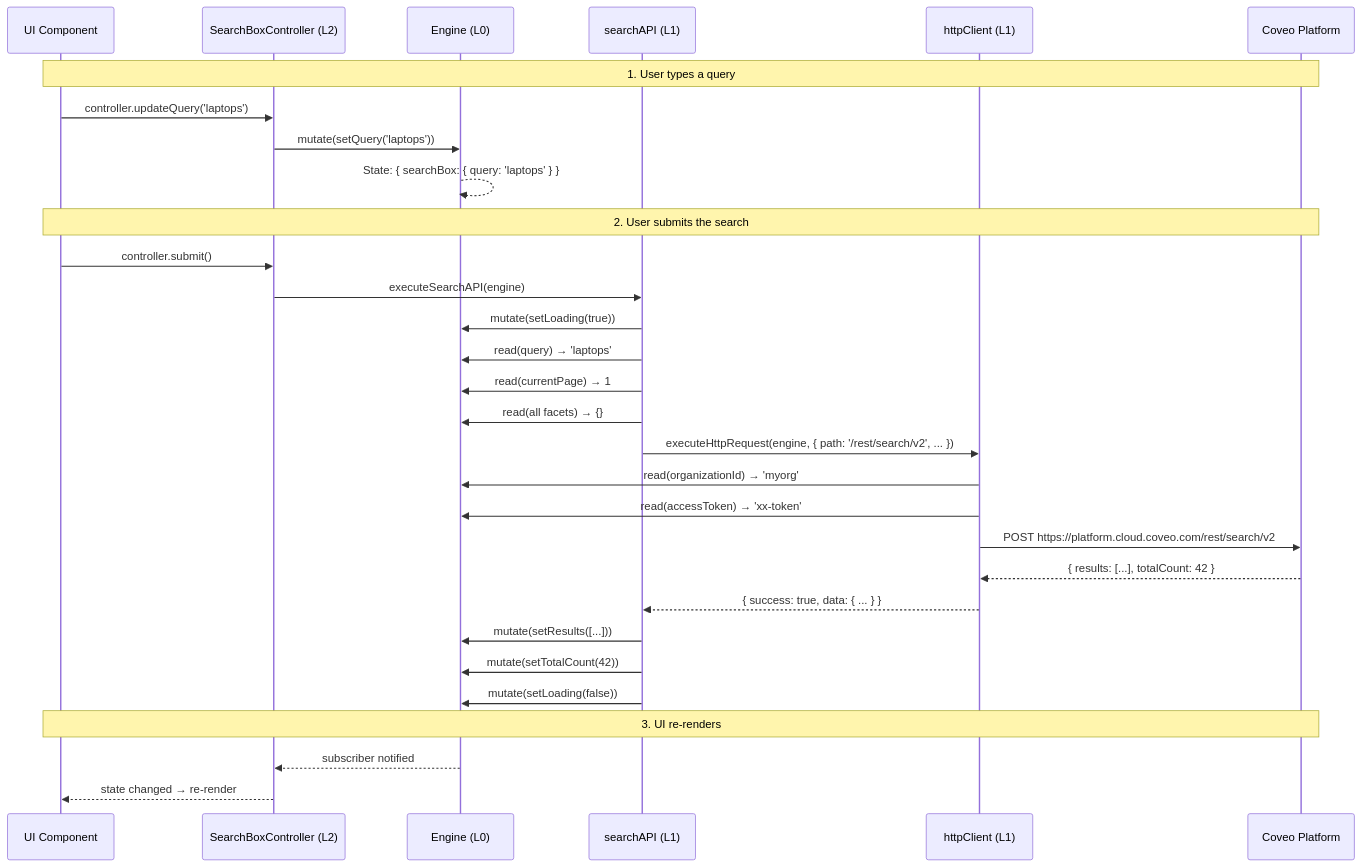
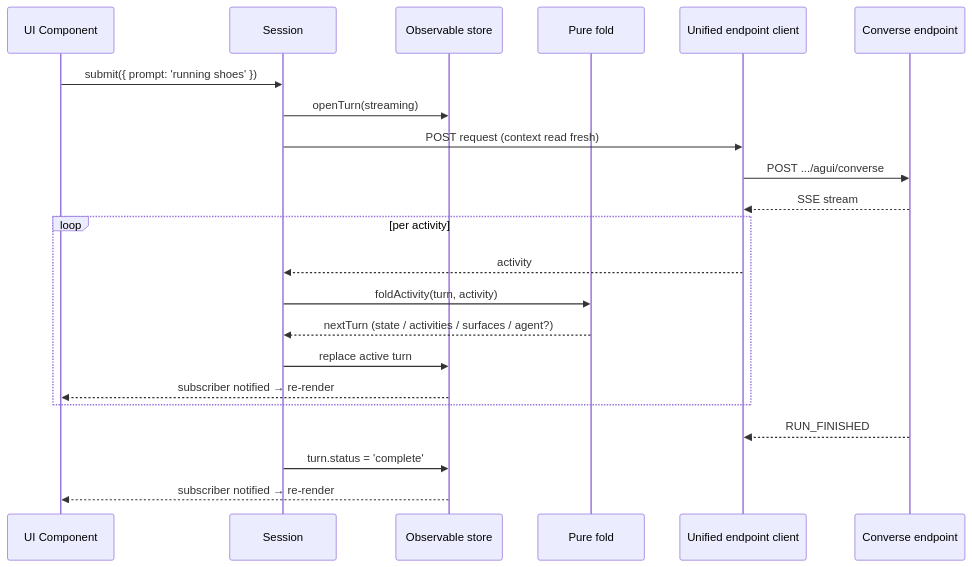
The second of 2 diagrams in packages/thermidor/docs/architecture.md (coveo/ui-kit), drawn with Mermaid before and after one commit. The commit also changed other lines of this file and 12 other files, not shown here.

First line of the commit message:
docs(thermidor): describe the session client and accept ADRs 009-015

````diff
--- a/packages/thermidor/docs/architecture.md
+++ b/packages/thermidor/docs/architecture.md
@@ -336,35 +174,25 @@
 ```mermaid
 sequenceDiagram
     participant UI as UI Component
-    participant SBC as SearchBoxController (L2)
-    participant E as Engine (L0)
-    participant API as searchAPI (L1)
-    participant HTTP as httpClient (L1)
-    participant Coveo as Coveo Platform
+    participant S as Session
+    participant Store as Observable store
+    participant Fold as Pure fold
+    participant API as Unified endpoint client
+    participant Coveo as Converse endpoint
 
-    Note over UI,Coveo: 1. User types a query
-    UI->>SBC: controller.updateQuery('laptops')
-    SBC->>E: mutate(setQuery('laptops'))
-    E-->>E: State: { searchBox: { query: 'laptops' } }
-
-    Note over UI,Coveo: 2. User submits the search
-    UI->>SBC: controller.submit()
-    SBC->>API: executeSearchAPI(engine)
-    API->>E: mutate(setLoading(true))
-    API->>E: read(query) → 'laptops'
-    API->>E: read(currentPage) → 1
-    API->>E: read(all facets) → {}
-    API->>HTTP: executeHttpRequest(engine, { path: '/rest/search/v2', ... })
-    HTTP->>E: read(organizationId) → 'myorg'
-    HTTP->>E: read(accessToken) → 'xx-token'
-    HTTP->>Coveo: POST https://platform.cloud.coveo.com/rest/search/v2
-    Coveo-->>HTTP: { results: [...], totalCount: 42 }
-    HTTP-->>API: { success: true, data: { ... } }
-    API->>E: mutate(setResults([...]))
-    API->>E: mutate(setTotalCount(42))
-    API->>E: mutate(setLoading(false))
-
-    Note over UI,Coveo: 3. UI re-renders
-    E-->>SBC: subscriber notified
-    SBC-->>UI: state changed → re-render
+    UI->>S: submit({ prompt: 'running shoes' })
+    S->>Store: openTurn(streaming)
+    S->>API: POST request (context read fresh)
+    API->>Coveo: POST .../agui/converse
+    Coveo-->>API: SSE stream
+    loop per activity
+        API-->>S: activity
+        S->>Fold: foldActivity(turn, activity)
+        Fold-->>S: nextTurn (state / activities / surfaces / agent?)
+        S->>Store: replace active turn
+        Store-->>UI: subscriber notified → re-render
+    end
+    Coveo-->>API: RUN_FINISHED
+    S->>Store: turn.status = 'complete'
+    Store-->>UI: subscriber notified → re-render
 ```
````
